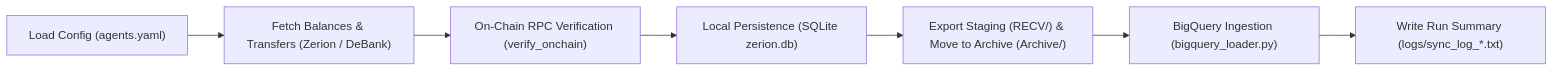
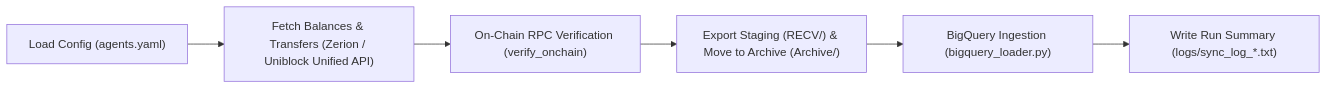
The diagram in docs/scripts_documentation.md (abdelhaqs/agent-accounting), drawn with Mermaid before and after one commit. The commit also changed other lines of this file and 8 other files, not shown here.

Commit message:
Clarify Uniblock Unified API abstraction and separate local testing/SQLite from production diagrams

````diff
--- a/docs/scripts_documentation.md
+++ b/docs/scripts_documentation.md
@@ -42,9 +42,8 @@
 ```mermaid
 flowchart LR
-    A["Load Config (agents.yaml)"] --> B["Fetch Balances & Transfers (Zerion / DeBank)"]
+    A["Load Config (agents.yaml)"] --> B["Fetch Balances & Transfers (Zerion / Uniblock Unified API)"]
     B --> C["On-Chain RPC Verification (verify_onchain)"]
-    C --> D["Local Persistence (SQLite zerion.db)"]
-    D --> E["Export Staging (RECV/) & Move to Archive (Archive/)"]
-    E --> F["BigQuery Ingestion (bigquery_loader.py)"]
-    F --> G["Write Run Summary (logs/sync_log_*.txt)"]
+    C --> D["Export Staging (RECV/) & Move to Archive (Archive/)"]
+    D --> E["BigQuery Ingestion (bigquery_loader.py)"]
+    E --> F["Write Run Summary (logs/sync_log_*.txt)"]
 ```
````
